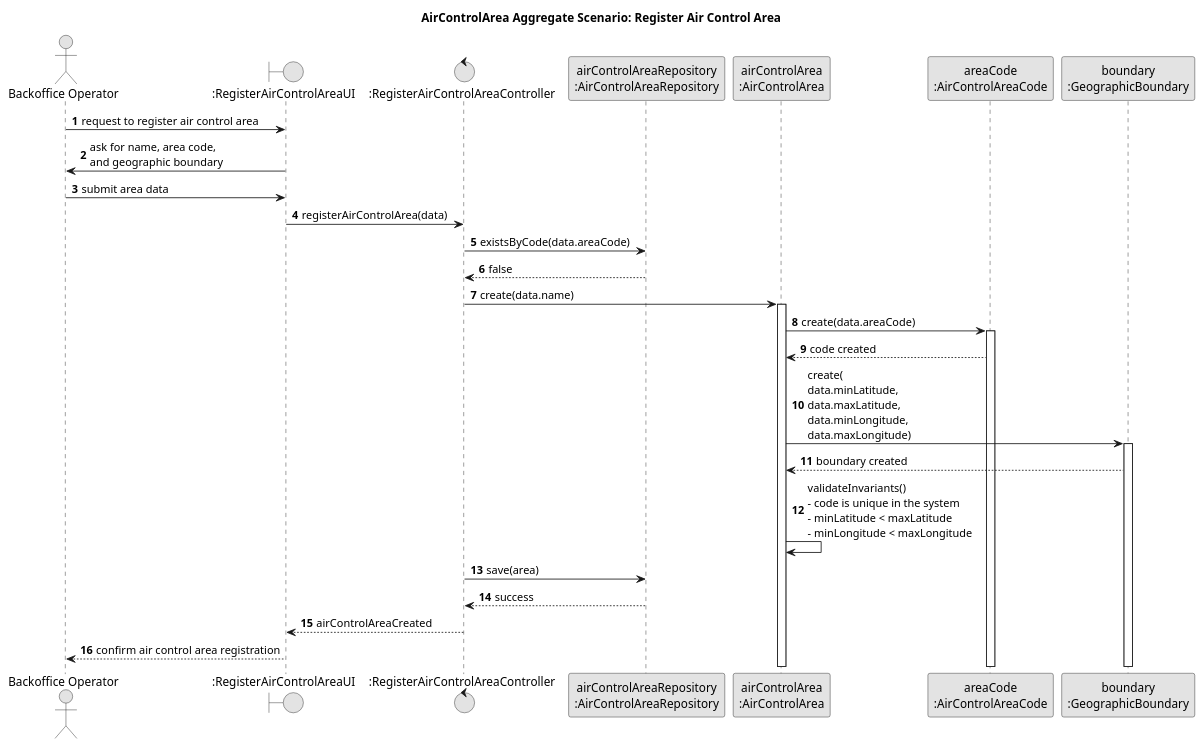
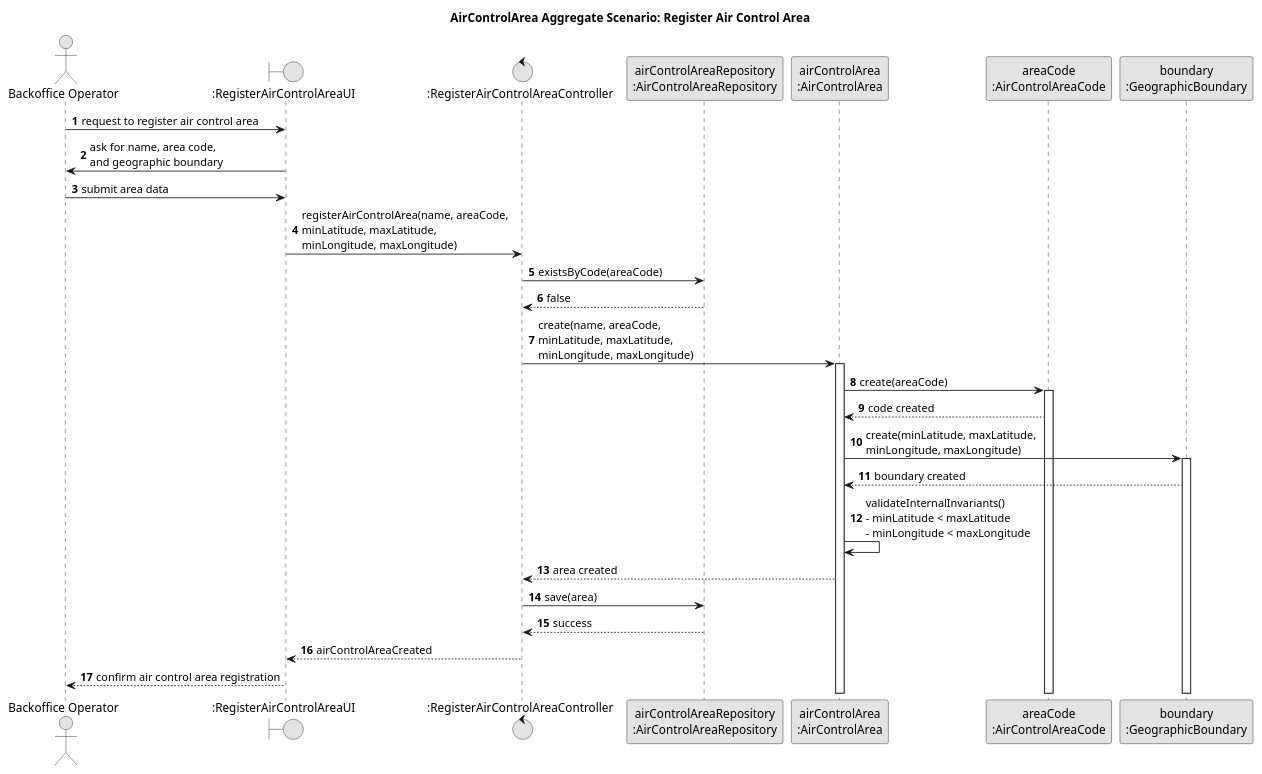
One commit to GustavoFerreira24/flight-management-platform changed the diagram in docs/global-artifacts/03.design/puml/AirControlAreaAggregate-SD.puml. Above: the diagram before and after it, drawn with PlantUML. The commit also changed 5 other files, not shown here.

Commit message:
US11 (Code & Docs) - Removed "data" and specified all of it from AirControlArea, Airport, and AirTransportCompany SD's and clarified responsibilities in documentation [#18][#19]

```diff
--- a/docs/global-artifacts/03.design/puml/AirControlAreaAggregate-SD.puml
+++ b/docs/global-artifacts/03.design/puml/AirControlAreaAggregate-SD.puml
@@ -1,43 +1,44 @@
 @startuml
 title AirControlArea Aggregate Scenario: Register Air Control Area
 
 skinparam monochrome true
 skinparam packageStyle rectangle
 skinparam shadowing false
 
 autonumber
 
 actor "Backoffice Operator" as BO
 boundary ":RegisterAirControlAreaUI" as UI
 control ":RegisterAirControlAreaController" as C
 participant "airControlAreaRepository\n:AirControlAreaRepository" as AreaRepo
 participant "airControlArea\n:AirControlArea" as Area
 participant "areaCode\n:AirControlAreaCode" as AreaCode
 participant "boundary\n:GeographicBoundary" as Boundary
 
 BO -> UI : request to register air control area
 UI -> BO : ask for name, area code,\nand geographic boundary
 
 BO -> UI : submit area data
-UI -> C : registerAirControlArea(data)
+UI -> C : registerAirControlArea(name, areaCode,\nminLatitude, maxLatitude,\nminLongitude, maxLongitude)
 
-C -> AreaRepo : existsByCode(data.areaCode)
+C -> AreaRepo : existsByCode(areaCode)
 AreaRepo --> C : false
 
-C -> Area ++ : create(data.name)
+C -> Area ++ : create(name, areaCode,\nminLatitude, maxLatitude,\nminLongitude, maxLongitude)
 
-Area -> AreaCode ++ : create(data.areaCode)
+Area -> AreaCode ++ : create(areaCode)
 AreaCode --> Area : code created
 
-Area -> Boundary ++ : create(\ndata.minLatitude,\ndata.maxLatitude,\ndata.minLongitude,\ndata.maxLongitude)
+Area -> Boundary ++ : create(minLatitude, maxLatitude,\nminLongitude, maxLongitude)
 Boundary --> Area : boundary created
 
-Area -> Area : validateInvariants()\n- code is unique in the system\n- minLatitude < maxLatitude\n- minLongitude < maxLongitude
+Area -> Area : validateInternalInvariants()\n- minLatitude < maxLatitude\n- minLongitude < maxLongitude
+Area --> C : area created
 
 C -> AreaRepo : save(area)
 AreaRepo --> C : success
 
 C --> UI : airControlAreaCreated
 UI --> BO : confirm air control area registration
 
 @enduml
```
